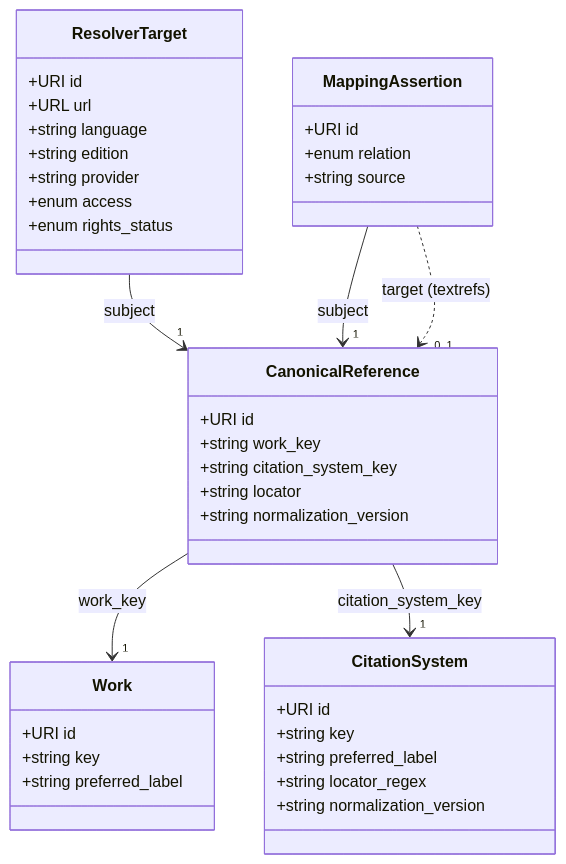
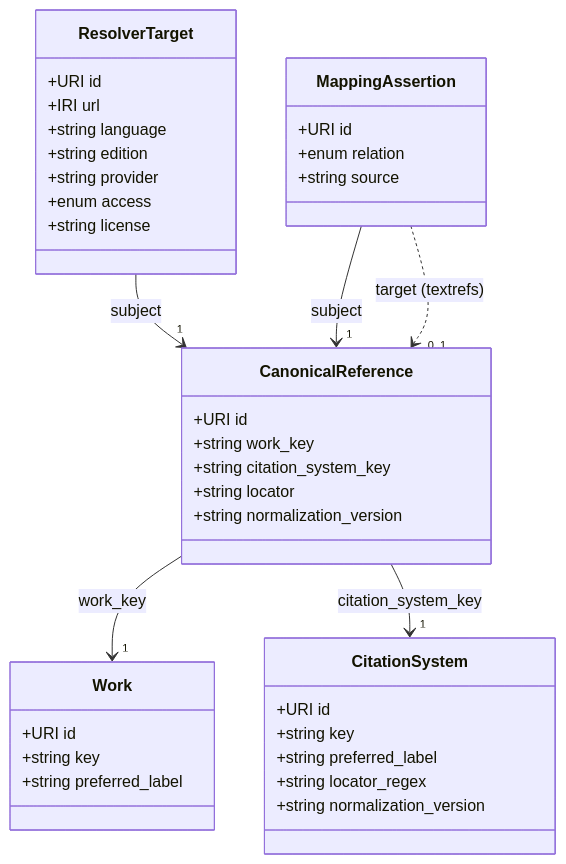
The diagram in src/content/docs/standard/specification.md (textrefs/textrefs.org), drawn with Mermaid before and after one commit. The commit also changed other lines of this file and 4 other files, not shown here.

````diff
--- a/src/content/docs/standard/specification.md
+++ b/src/content/docs/standard/specification.md
@@ -67,41 +67,41 @@
 ```mermaid
 classDiagram
     class Work {
         +URI id
         +string key
         +string preferred_label
     }
     class CitationSystem {
         +URI id
         +string key
         +string preferred_label
         +string locator_regex
         +string normalization_version
     }
     class CanonicalReference {
         +URI id
         +string work_key
         +string citation_system_key
         +string locator
         +string normalization_version
     }
     class ResolverTarget {
         +URI id
-        +URL url
+        +IRI url
         +string language
         +string edition
         +string provider
         +enum access
-        +enum rights_status
+        +string license
     }
     class MappingAssertion {
         +URI id
         +enum relation
         +string source
     }
     CanonicalReference --> "1" Work : work_key
     CanonicalReference --> "1" CitationSystem : citation_system_key
     ResolverTarget --> "1" CanonicalReference : subject
     MappingAssertion --> "1" CanonicalReference : subject
     MappingAssertion ..> "0..1" CanonicalReference : target (textrefs)
 ```
````
